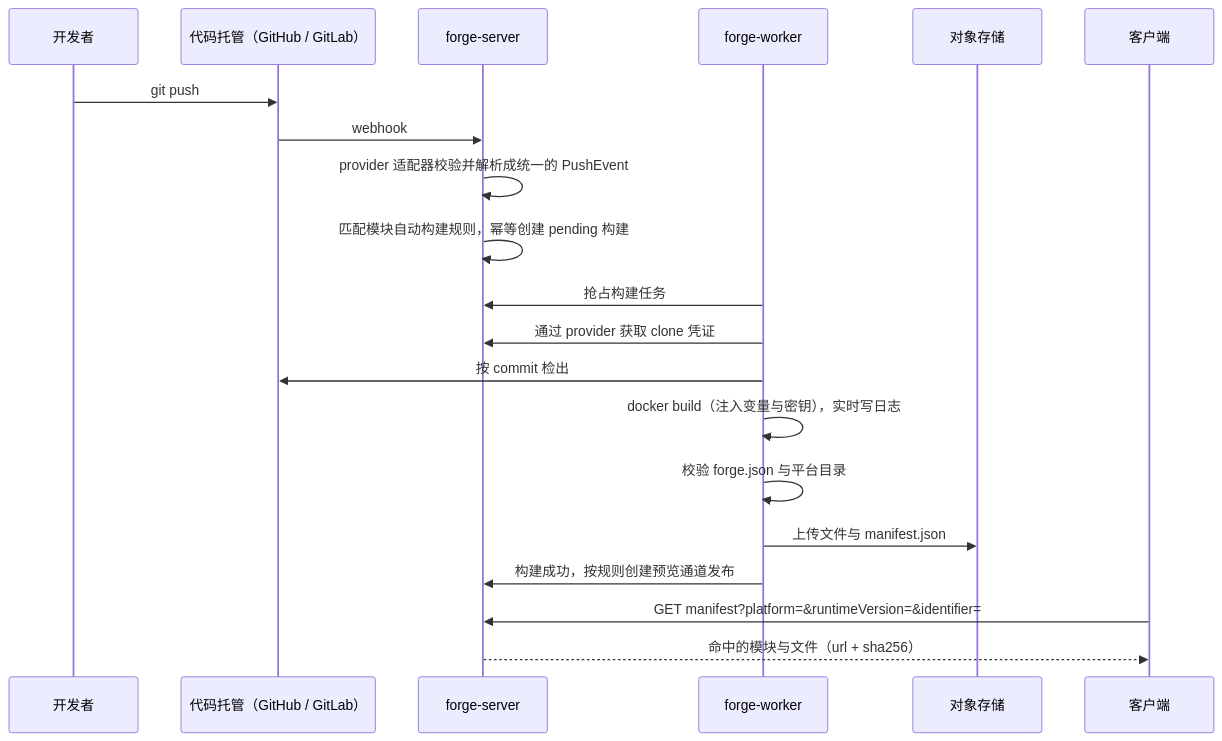
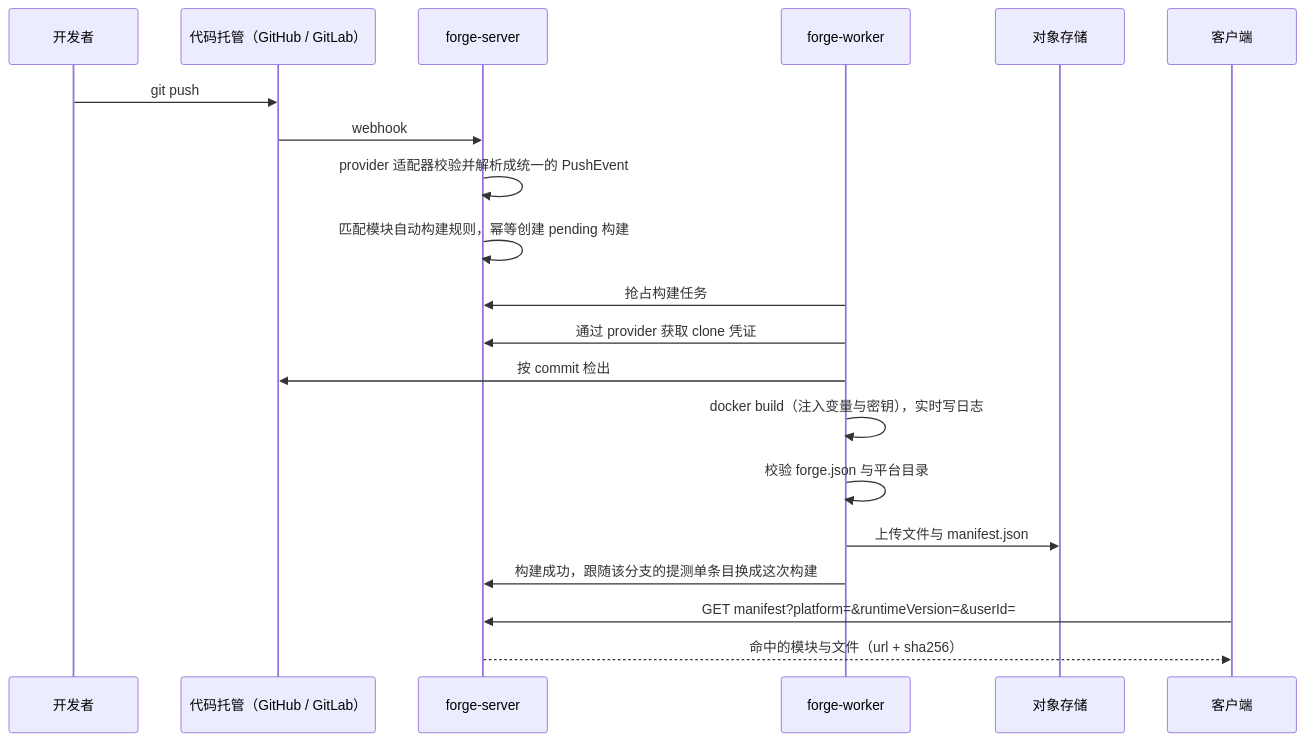
One commit to seaooo-code/forge-server changed the diagram in docs/rn-test-env-p0-plan.md. Above: the diagram before and after it, drawn with Mermaid. The commit also changed other lines of this file and 15 other files, not shown here.

````diff
--- a/docs/rn-test-env-p0-plan.md
+++ b/docs/rn-test-env-p0-plan.md
@@ -30,22 +30,22 @@
 ```mermaid
 sequenceDiagram
   participant Dev as 开发者
   participant Git as 代码托管（GitHub / GitLab）
   participant API as forge-server
   participant W as forge-worker
   participant S3 as 对象存储
   participant App as 客户端
   Dev->>Git: git push
   Git->>API: webhook
   API->>API: provider 适配器校验并解析成统一的 PushEvent
   API->>API: 匹配模块自动构建规则，幂等创建 pending 构建
   W->>API: 抢占构建任务
   W->>API: 通过 provider 获取 clone 凭证
   W->>Git: 按 commit 检出
   W->>W: docker build（注入变量与密钥），实时写日志
   W->>W: 校验 forge.json 与平台目录
   W->>S3: 上传文件与 manifest.json
-  W->>API: 构建成功，按规则创建预览通道发布
-  App->>API: GET manifest?platform=&runtimeVersion=&identifier=
+  W->>API: 构建成功，跟随该分支的提测单条目换成这次构建
+  App->>API: GET manifest?platform=&runtimeVersion=&userId=
   API-->>App: 命中的模块与文件（url + sha256）
 ```
````
